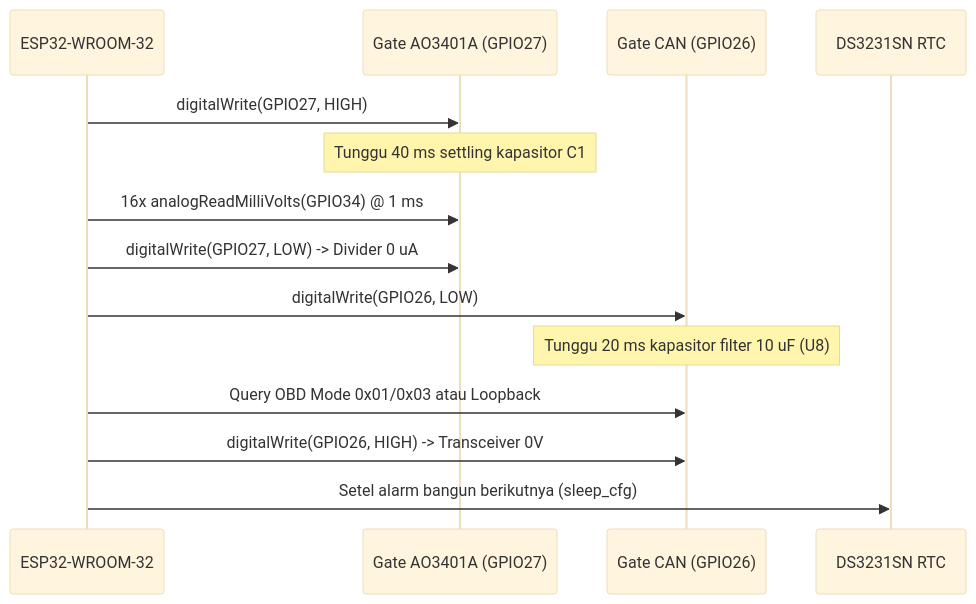
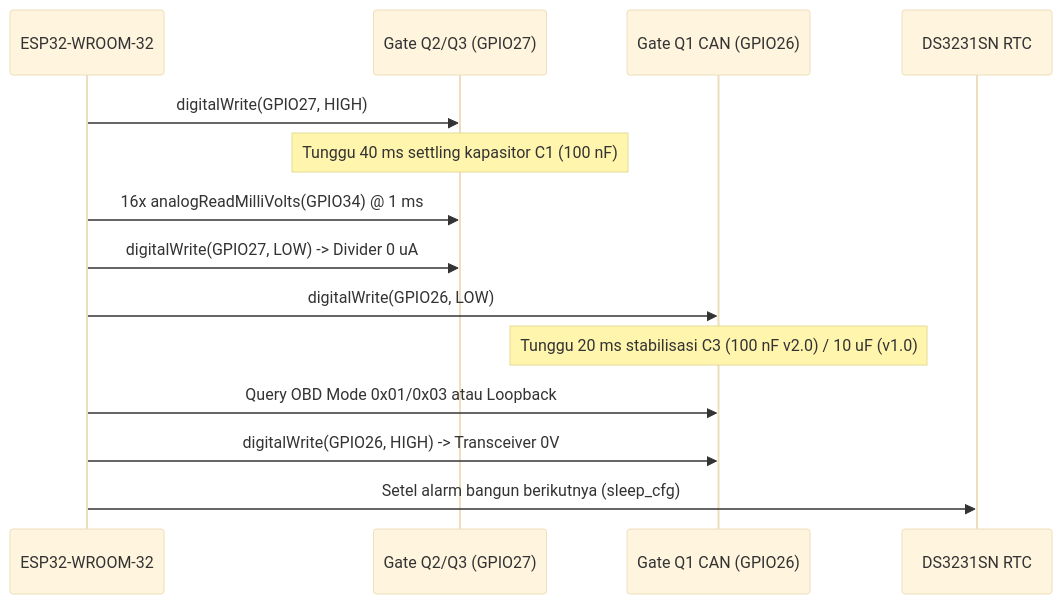
The diagram in docs/docs/hardware/power-budget.md (Syzafid/OrionTelemetry), drawn with Mermaid (base theme) before and after one commit. The commit also changed other lines of this file and 12 other files, not shown here.

Commit message:
docs(hardware): align PCB v2.0 Step 2.1 layout, electrical flow, DFD, and SSOT blueprint registry

````diff
--- a/docs/docs/hardware/power-budget.md
+++ b/docs/docs/hardware/power-budget.md
@@ -14,19 +14,19 @@
 ```mermaid
 sequenceDiagram
   participant ESP as ESP32-WROOM-32
-  participant ADC as Gate AO3401A (GPIO27)
-  participant CAN as Gate CAN (GPIO26)
+  participant ADC as Gate Q2/Q3 (GPIO27)
+  participant CAN as Gate Q1 CAN (GPIO26)
   participant RTC as DS3231SN RTC
 
   ESP->>ADC: digitalWrite(GPIO27, HIGH)
-  Note over ADC: Tunggu 40 ms settling kapasitor C1
+  Note over ADC: Tunggu 40 ms settling kapasitor C1 (100 nF)
   ESP->>ADC: 16x analogReadMilliVolts(GPIO34) @ 1 ms
   ESP->>ADC: digitalWrite(GPIO27, LOW) -> Divider 0 uA
 
   ESP->>CAN: digitalWrite(GPIO26, LOW)
-  Note over CAN: Tunggu 20 ms kapasitor filter 10 uF (U8)
+  Note over CAN: Tunggu 20 ms stabilisasi C3 (100 nF v2.0) / 10 uF (v1.0)
   ESP->>CAN: Query OBD Mode 0x01/0x03 atau Loopback
   ESP->>CAN: digitalWrite(GPIO26, HIGH) -> Transceiver 0V
 
   ESP->>RTC: Setel alarm bangun berikutnya (sleep_cfg)
 ```
````
